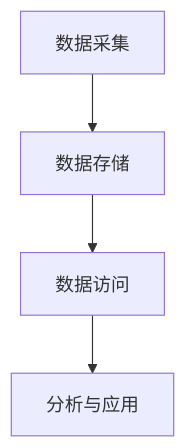
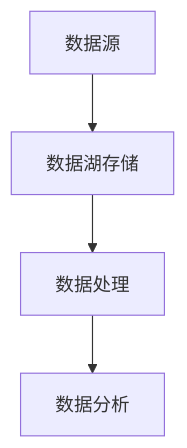
One commit to AdaMartin18010/Data-Science changed the second of 2 diagrams in Analysis/3-数据模型与算法/3.5-数据分析与ETL/3.5.7-数据存储与访问.md. Above: the diagram before and after it, drawn with Mermaid. The commit also changed other lines of this file and 338 other files, not shown here.

````diff
--- a/Analysis/3-数据模型与算法/3.5-数据分析与ETL/3.5.7-数据存储与访问.md
+++ b/Analysis/3-数据模型与算法/3.5-数据分析与ETL/3.5.7-数据存储与访问.md
@@ -43,6 +327,6 @@
 ```mermaid
 flowchart TD
-  A[数据采集] --> B[数据存储]
-  B --> C[数据访问]
-  C --> D[分析与应用]
+    A[数据源] --> B[数据湖存储]
+    B --> C[数据处理]
+    C --> D[数据分析]
 ```
````
